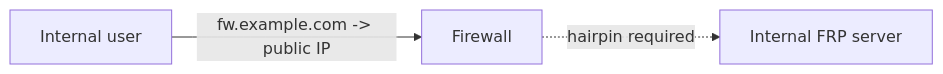
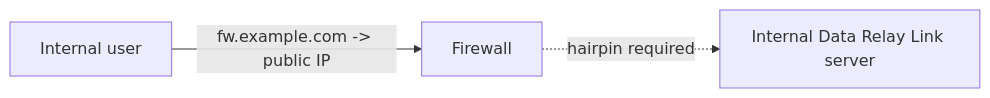
Before and after one commit to datarelay-labs/data-relay-link-docs: the fourth of 4 diagrams in deployment/firewall-nat.mdx, drawn with Mermaid. The commit also changed other lines of this file and 36 other files, not shown here.

````diff
--- a/deployment/firewall-nat.mdx
+++ b/deployment/firewall-nat.mdx
@@ -97,5 +97,5 @@
 ```mermaid
 flowchart LR
     I[Internal user] -->|fw.example.com -> public IP| F[Firewall]
-    F -. hairpin required .-> S[Internal FRP server]
+    F -. hairpin required .-> S[Internal Data Relay Link server]
 ```
````
